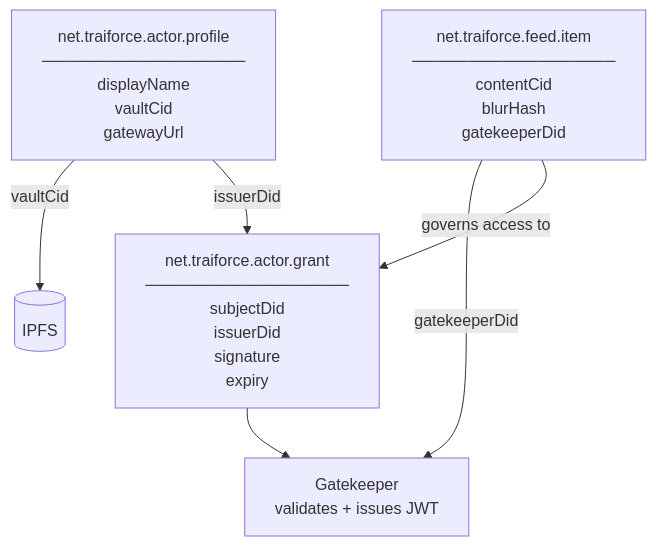
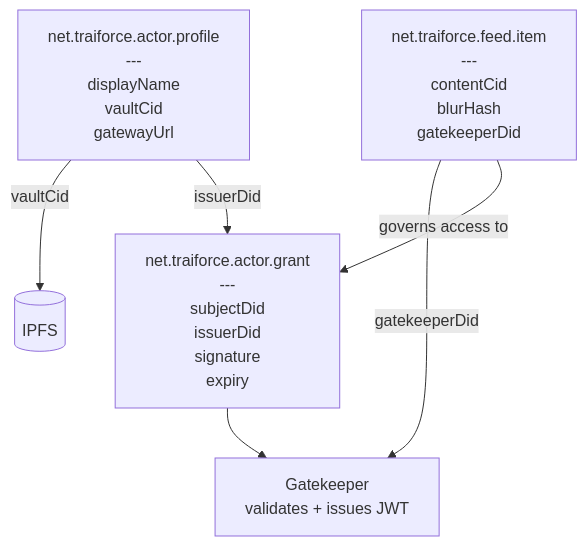
One commit to straiforos/Traiforce-Lexicon changed the seventh of 7 diagrams in docs/architecture/02-lexicon-specifications.md. Above: the diagram before and after it, drawn with Mermaid. The commit also changed other lines of this file and 4 other files, not shown here.

Commit message:
Fix mermaid diagram rendering: replace \n with <br/>, unicode dashes with ---, remove markdown bold

````diff
--- a/docs/architecture/02-lexicon-specifications.md
+++ b/docs/architecture/02-lexicon-specifications.md
@@ -120,14 +120,14 @@
 ```mermaid
 graph TD
-    AP["net.traiforce.actor.profile\n──────────────────\ndisplayName\nvaultCid\ngatewayUrl"]
-    FI["net.traiforce.feed.item\n──────────────────\ncontentCid\nblurHash\ngatekeeperDid"]
-    AG["net.traiforce.actor.grant\n──────────────────\nsubjectDid\nissuerDid\nsignature\nexpiry"]
+    AP["net.traiforce.actor.profile<br/>---<br/>displayName<br/>vaultCid<br/>gatewayUrl"]
+    FI["net.traiforce.feed.item<br/>---<br/>contentCid<br/>blurHash<br/>gatekeeperDid"]
+    AG["net.traiforce.actor.grant<br/>---<br/>subjectDid<br/>issuerDid<br/>signature<br/>expiry"]
     IPFS[("IPFS")]
-    GK["Gatekeeper\nvalidates + issues JWT"]
+    GK["Gatekeeper<br/>validates + issues JWT"]
 
     AP -->|"vaultCid"| IPFS
     FI -->|"gatekeeperDid"| GK
     AP -->|"issuerDid"| AG
     FI -->|"governs access to"| AG
     AG --> GK
 ```
````
